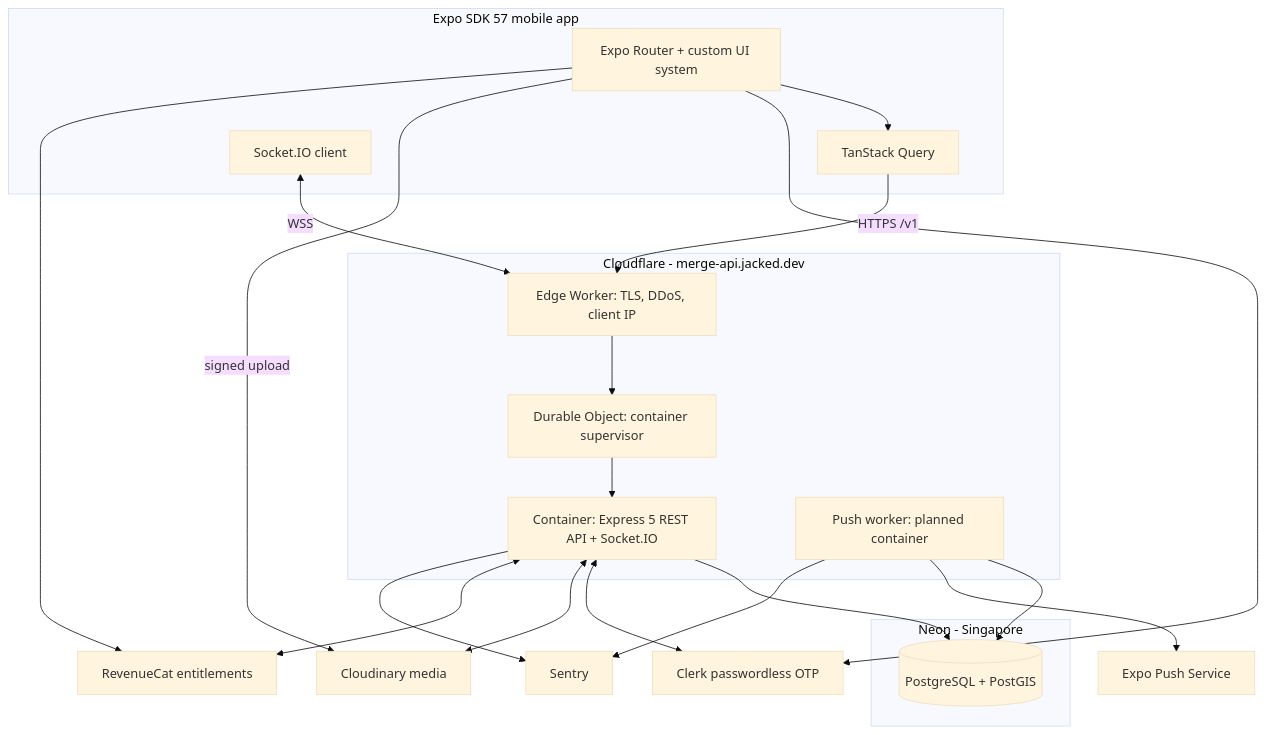
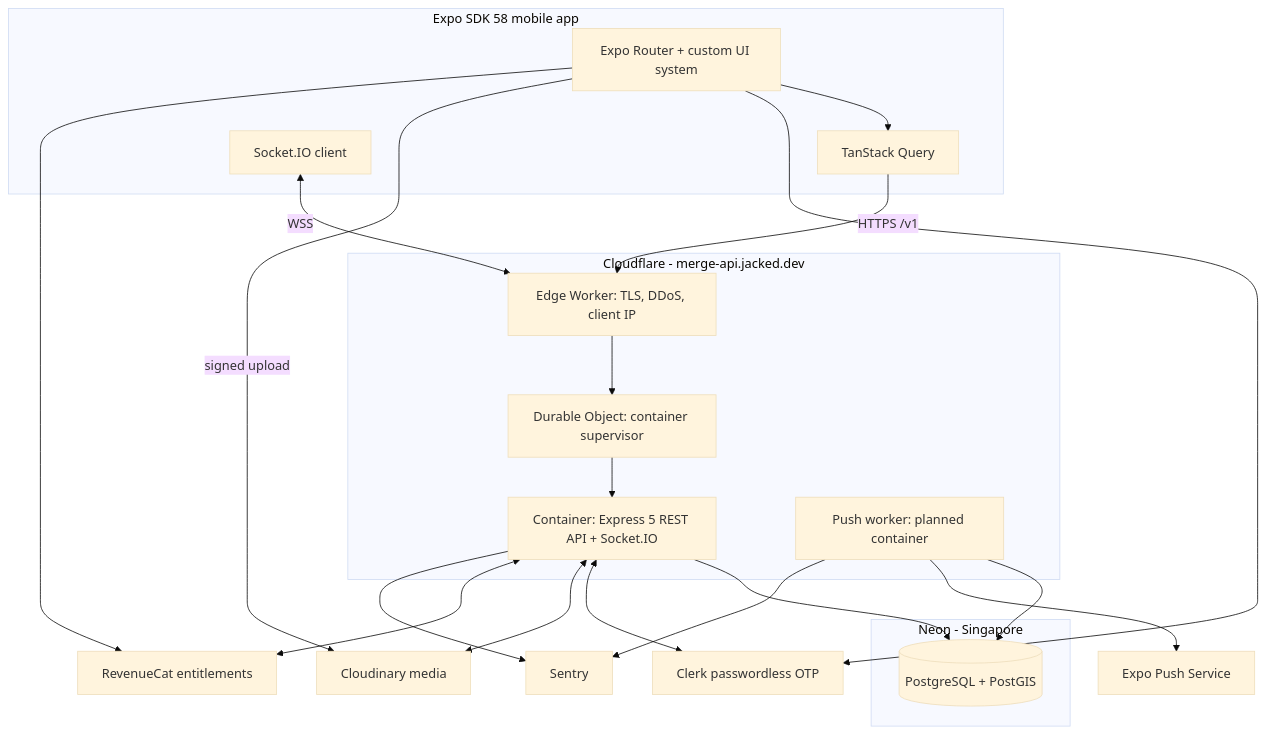
One commit to jackedengineer/pro-date changed the second of 2 diagrams in README.md. Above: the diagram before and after it, drawn with Mermaid (base theme). The commit also changed other lines of this file and 14 other files, not shown here.

First line of the commit message:
chore(mobile): upgrade to Expo SDK 58 (React Native 0.88, React 19.3)

````diff
--- a/README.md
+++ b/README.md
@@ -123,41 +123,41 @@
 ```mermaid
 flowchart TB
-    subgraph Client[Expo SDK 57 mobile app]
+    subgraph Client[Expo SDK 58 mobile app]
         UI[Expo Router + custom UI system]
         Q[TanStack Query]
         RT[Socket.IO client]
     end
 
     subgraph Cloudflare[Cloudflare - merge-api.jacked.dev]
         EDGE[Edge Worker: TLS, DDoS, client IP]
         DO[Durable Object: container supervisor]
         API[Container: Express 5 REST API + Socket.IO]
         WORKER[Push worker: planned container]
         EDGE --> DO --> API
     end
 
     subgraph Data[Neon - Singapore]
         PG[(PostgreSQL + PostGIS)]
     end
 
     CLERK[Clerk passwordless OTP]
     MEDIA[Cloudinary media]
     RC[RevenueCat entitlements]
     PUSH[Expo Push Service]
     SENTRY[Sentry]
 
     UI --> Q -->|HTTPS /v1| EDGE
     RT <-->|WSS| EDGE
     UI --> CLERK
     UI -->|signed upload| MEDIA
     UI --> RC
 
     API --> PG
     WORKER --> PG
     API <--> CLERK
     API <--> MEDIA
     API <--> RC
     WORKER --> PUSH
     API --> SENTRY
     WORKER --> SENTRY
 ```
````
